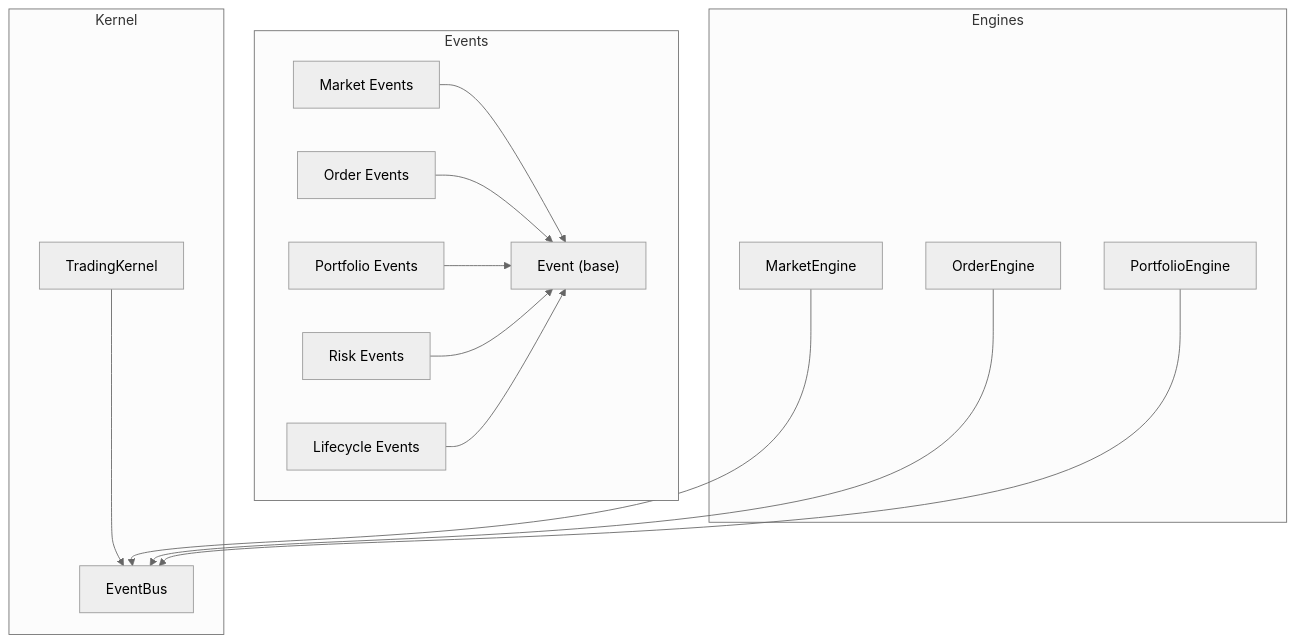
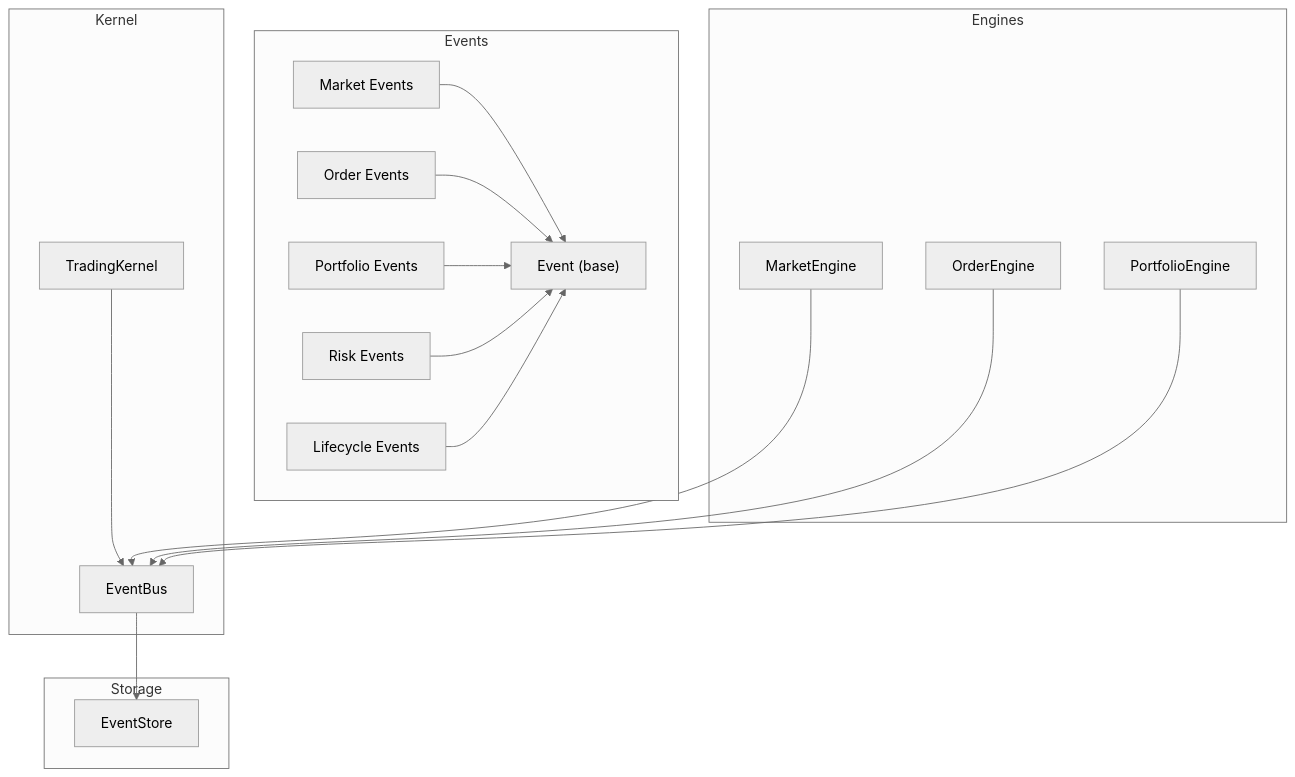
Before and after one commit to Ganesh-Kusundal/nTrade: the first of 11 diagrams in .qoder/repowiki/en/content/Trading Kernel/Event Bus System.md, drawn with Mermaid (neutral theme). The commit also changed other lines of this file and 203 other files, not shown here.

````diff
--- a/.qoder/repowiki/en/content/Trading Kernel/Event Bus System.md
+++ b/.qoder/repowiki/en/content/Trading Kernel/Event Bus System.md
@@ -40,29 +55,33 @@
 ```mermaid
 graph TB
 subgraph "Kernel"
 EB["EventBus"]
 TK["TradingKernel"]
 end
 subgraph "Events"
 EBase["Event (base)"]
 EM["Market Events"]
 EO["Order Events"]
 EP["Portfolio Events"]
 ER["Risk Events"]
 EL["Lifecycle Events"]
+end
+subgraph "Storage"
+ES["EventStore"]
 end
 subgraph "Engines"
 ME["MarketEngine"]
 OE["OrderEngine"]
 PE["PortfolioEngine"]
 end
 TK --> EB
 ME --> EB
 OE --> EB
 PE --> EB
 EM --> EBase
 EO --> EBase
 EP --> EBase
 ER --> EBase
 EL --> EBase
+EB --> ES
 ```
````
